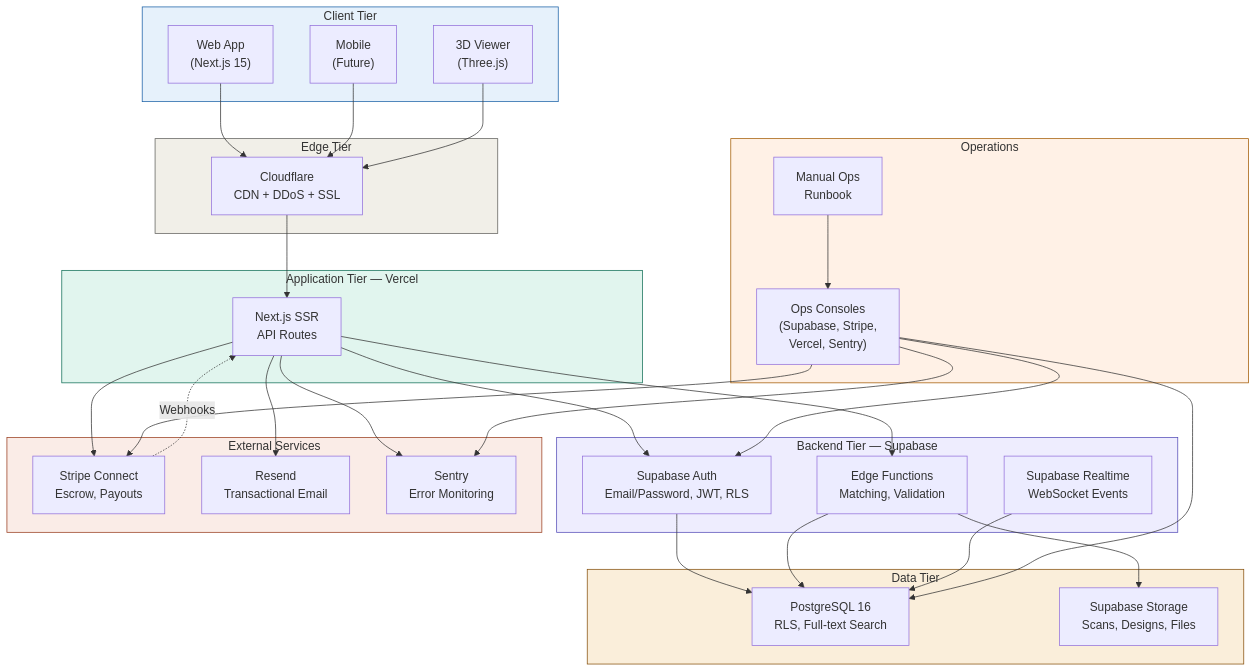
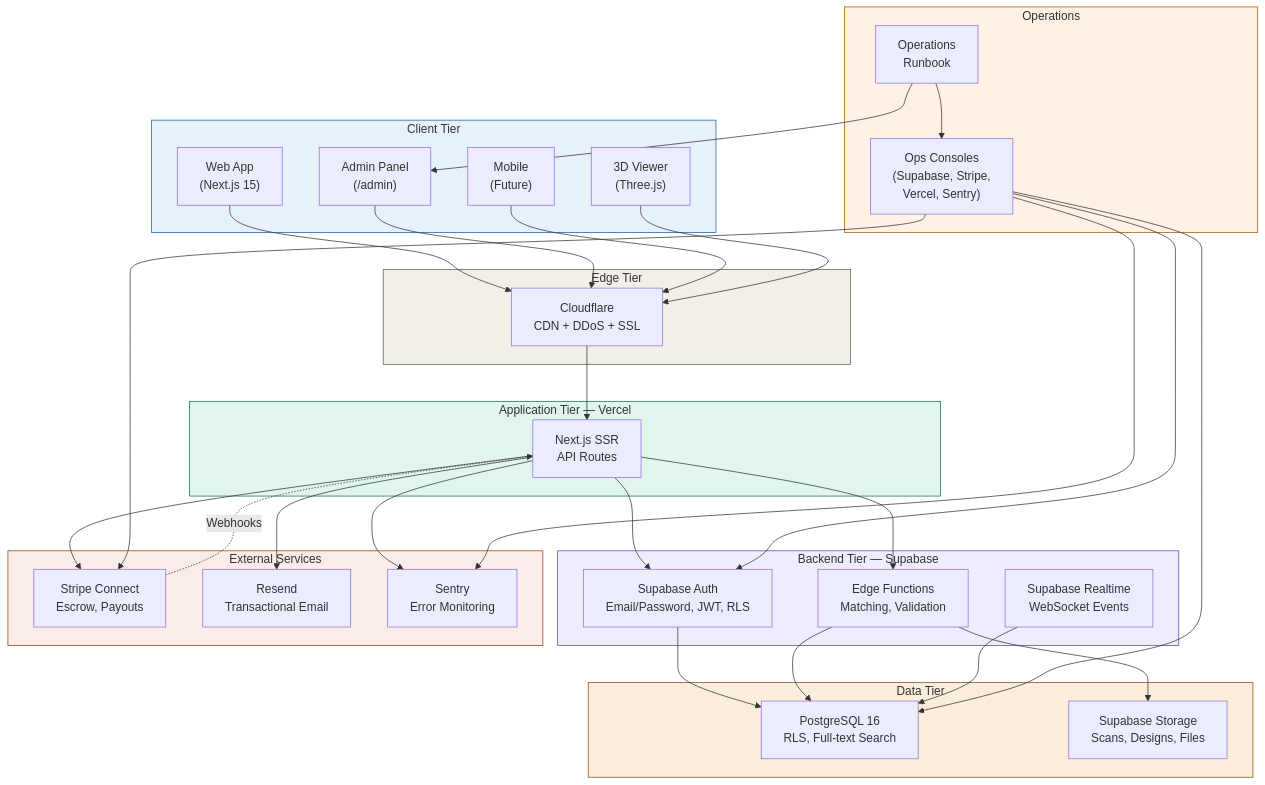
The diagram in docs/diagrams/system-architecture.mmd (smart-saudi/dentiverse), drawn with Mermaid before and after one commit. The commit also changed 53 other files, not shown here.

Commit message:
feat: ship admin panel v1

```diff
--- a/docs/diagrams/system-architecture.mmd
+++ b/docs/diagrams/system-architecture.mmd
@@ -1,67 +1,70 @@
 %% DentiVerse — System Architecture Diagram
 %% Shows how all infrastructure components connect.
 
 flowchart TD
     subgraph Clients["Client Tier"]
         WEB["Web App\n(Next.js 15)"]
+        ADMINUI["Admin Panel\n(/admin)"]
         MOB["Mobile\n(Future)"]
         VIEWER["3D Viewer\n(Three.js)"]
     end
 
     subgraph Ops["Operations"]
-        RUNBOOK["Manual Ops\nRunbook"]
+        RUNBOOK["Operations\nRunbook"]
         CONSOLES["Ops Consoles\n(Supabase, Stripe,\nVercel, Sentry)"]
     end
 
     subgraph Edge["Edge Tier"]
         CF["Cloudflare\nCDN + DDoS + SSL"]
     end
 
     subgraph App["Application Tier — Vercel"]
         SSR["Next.js SSR\nAPI Routes"]
     end
 
     subgraph Backend["Backend Tier — Supabase"]
         AUTH["Supabase Auth\nEmail/Password, JWT, RLS"]
         EDGE["Edge Functions\nMatching, Validation"]
         RT["Supabase Realtime\nWebSocket Events"]
     end
 
     subgraph Data["Data Tier"]
         PG["PostgreSQL 16\nRLS, Full-text Search"]
         STORAGE["Supabase Storage\nScans, Designs, Files"]
     end
 
     subgraph External["External Services"]
         STRIPE["Stripe Connect\nEscrow, Payouts"]
         EMAIL["Resend\nTransactional Email"]
         SENTRY["Sentry\nError Monitoring"]
     end
 
     WEB --> CF
+    ADMINUI --> CF
     MOB --> CF
     VIEWER --> CF
     CF --> SSR
     SSR --> AUTH
     SSR --> EDGE
     SSR --> STRIPE
     AUTH --> PG
     EDGE --> PG
     EDGE --> STORAGE
     RT --> PG
     SSR --> EMAIL
     SSR --> SENTRY
     STRIPE -.->|"Webhooks"| SSR
+    RUNBOOK --> ADMINUI
     RUNBOOK --> CONSOLES
     CONSOLES --> AUTH
     CONSOLES --> PG
     CONSOLES --> STRIPE
     CONSOLES --> SENTRY
 
     style Clients fill:#E6F1FB,stroke:#185FA5
     style Ops fill:#FFF1E6,stroke:#A35A00
     style Edge fill:#F1EFE8,stroke:#5F5E5A
     style App fill:#E1F5EE,stroke:#0F6E56
     style Backend fill:#EEEDFE,stroke:#534AB7
     style Data fill:#FAEEDA,stroke:#854F0B
     style External fill:#FAECE7,stroke:#993C1D
```
